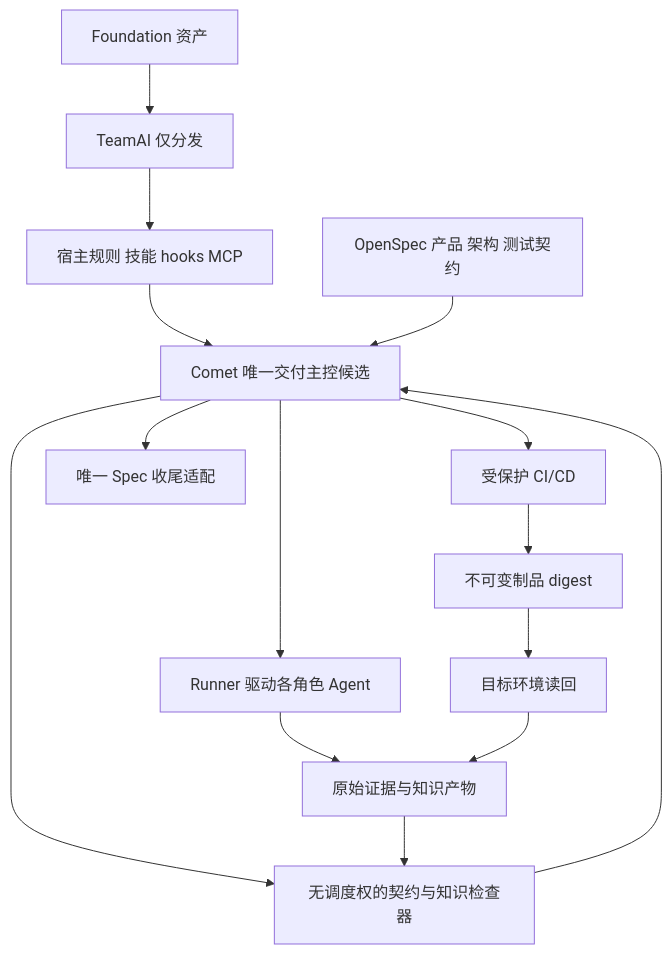
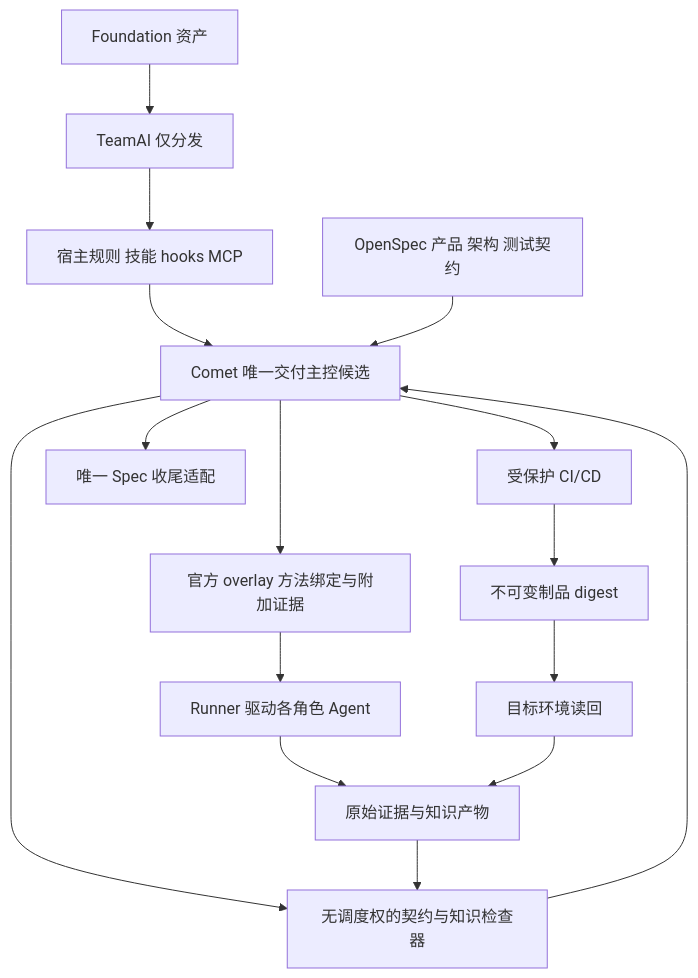
The diagram in docs/architecture/delivery-architecture.md (ql-wade/sdd-harness), drawn with Mermaid before and after one commit. The commit also changed other lines of this file and 212 other files, not shown here.

````diff
--- a/docs/architecture/delivery-architecture.md
+++ b/docs/architecture/delivery-architecture.md
@@ -23,17 +23,18 @@
 ```mermaid
 flowchart TB
   F[Foundation 资产] --> T[TeamAI 仅分发]
   T --> H[宿主规则 技能 hooks MCP]
   H --> W[Comet 唯一交付主控候选]
   P[OpenSpec 产品 架构 测试契约] --> W
-  W --> A[Runner 驱动各角色 Agent]
+  W --> O[官方 overlay 方法绑定与附加证据]
+  O --> A[Runner 驱动各角色 Agent]
   A --> E[原始证据与知识产物]
   W --> G[无调度权的契约与知识检查器]
   E --> G
   G --> W
   W --> CI[受保护 CI/CD]
   CI --> R[不可变制品 digest]
   R --> ENV[目标环境读回]
   ENV --> E
   W --> S[唯一 Spec 收尾适配]
 ```
````
